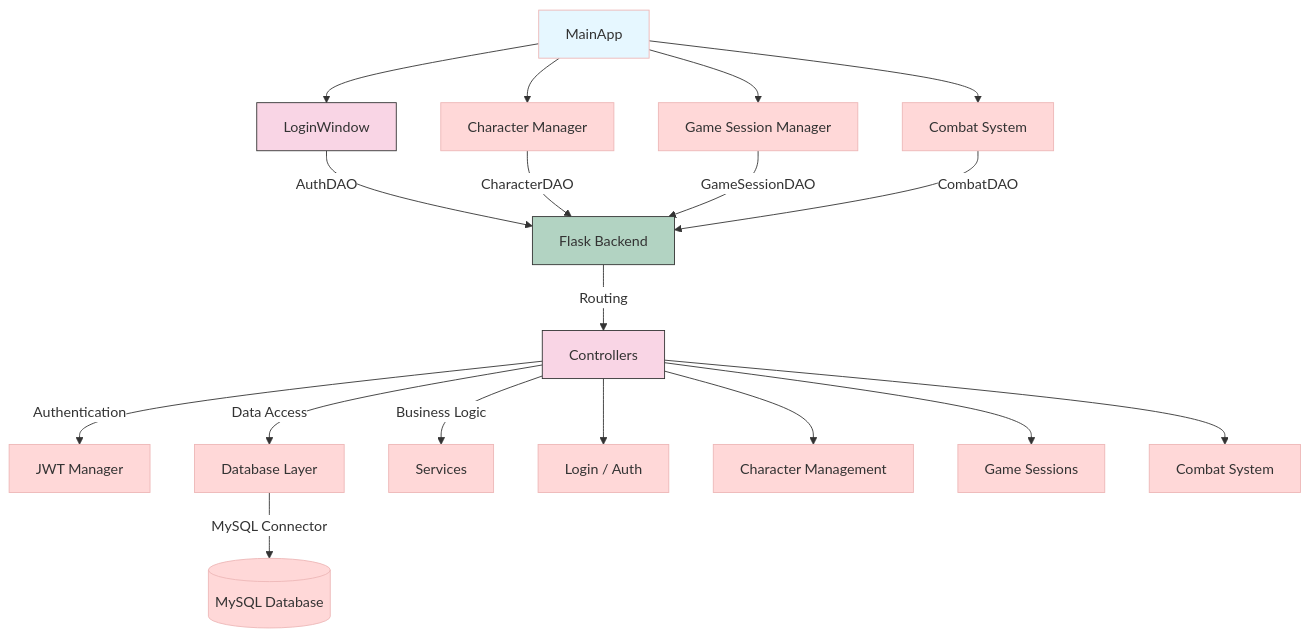
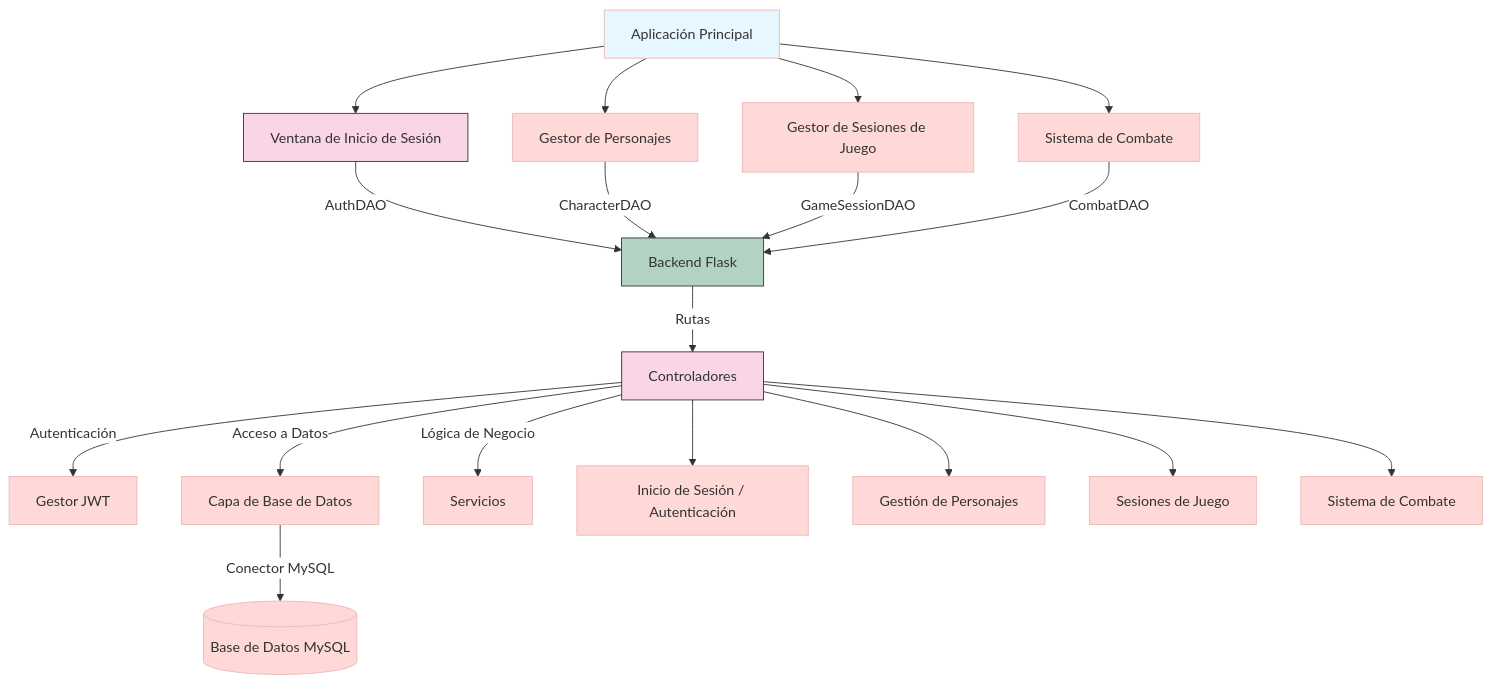
One commit to Ruben2006676/TapatApp changed the diagram in Projecte_ROL/Backend/DiagramaArquitecturaBackendFrontend.mermaid. Above: the diagram before and after it, drawn with Mermaid.

```diff
--- a/Projecte_ROL/Backend/DiagramaArquitecturaBackendFrontend.mermaid
+++ b/Projecte_ROL/Backend/DiagramaArquitecturaBackendFrontend.mermaid
@@ -1,33 +1,33 @@
 %%{init: {'theme': 'base', 'themeVariables': { 'primaryColor': '#ffd8d8', 'edgeLabelBackground':'#ffffff', 'backgroundColor': '#ffffff', 'nodeTextColor': '#333333', 'lineColor': '#333333', 'arrowheadColor': '#333333'}}}%%
 graph TD
     %% Frontend %%
-    A[MainApp] --> B[LoginWindow]
-    A --> C[Character Manager]
-    A --> D[Game Session Manager]
-    A --> E[Combat System]
+    A[Aplicación Principal] --> B[Ventana de Inicio de Sesión]
+    A --> C[Gestor de Personajes]
+    A --> D[Gestor de Sesiones de Juego]
+    A --> E[Sistema de Combate]
     
     B -->|AuthDAO| F[Backend]
     C -->|CharacterDAO| F
     D -->|GameSessionDAO| F
     E -->|CombatDAO| F
 
     %% Backend %%
-    F[Flask Backend] -->|Routing| G[Controllers]
-    G -->|Authentication| H[JWT Manager]
-    G -->|Data Access| I[Database Layer]
-    G -->|Business Logic| J[Services]
+    F[Backend Flask] -->|Rutas| G[Controladores]
+    G -->|Autenticación| H[Gestor JWT]
+    G -->|Acceso a Datos| I[Capa de Base de Datos]
+    G -->|Lógica de Negocio| J[Servicios]
 
-    %% Database %%
-    I -->|MySQL Connector| K[(MySQL Database)]
+    %% Base de Datos %%
+    I -->|Conector MySQL| K[(Base de Datos MySQL)]
     
-    %% Simplified Routes %%
-    G --> L[Login / Auth]
-    G --> M[Character Management]
-    G --> N[Game Sessions]
-    G --> O[Combat System]
+    %% Rutas Simplificadas %%
+    G --> L[Inicio de Sesión / Autenticación]
+    G --> M[Gestión de Personajes]
+    G --> N[Sesiones de Juego]
+    G --> O[Sistema de Combate]
 
-    %% Styling %%
+    %% Estilo %%
     style A fill:#e6f7ff
     style B fill:#f9d5e5,stroke:#333
     style F fill:#b2d3c2,stroke:#333
     style G fill:#f9d5e5,stroke:#333
```
